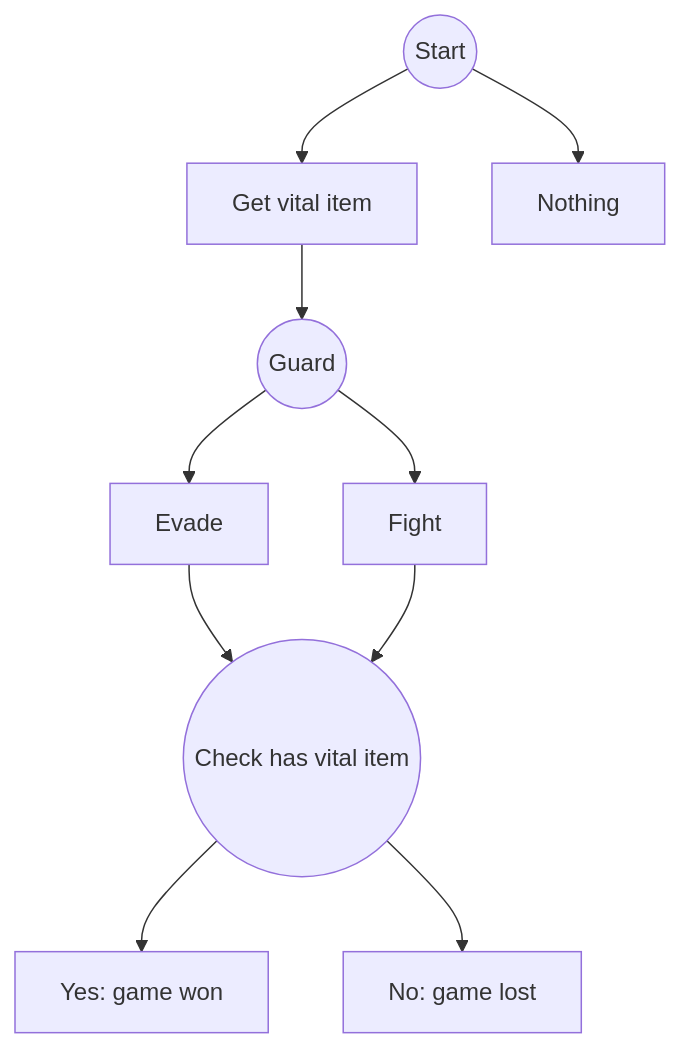
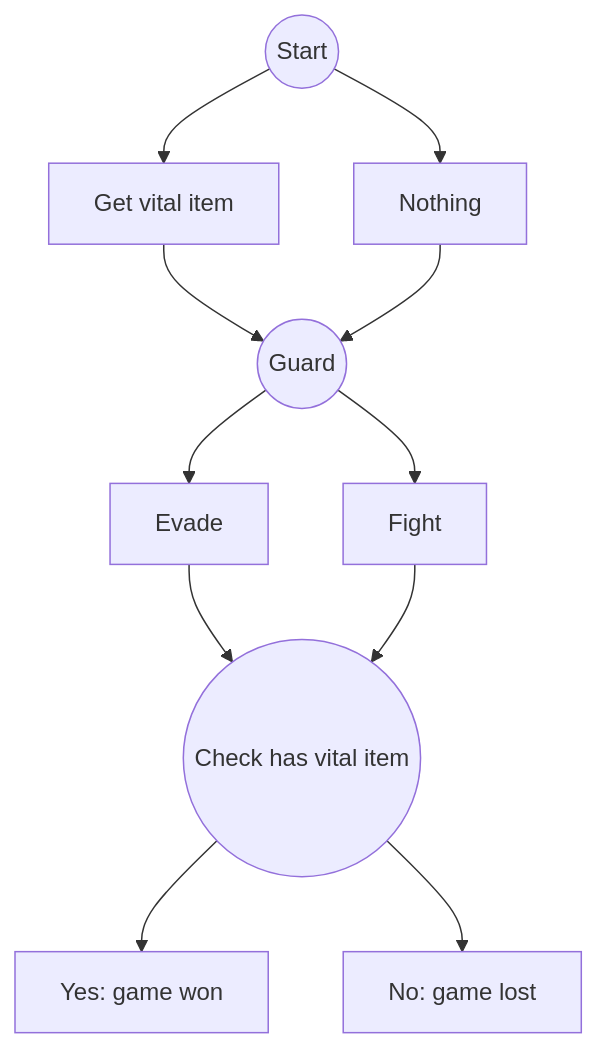
One commit to richelbilderbeek/mlpack_example_2 changed the diagram in README.md. Above: the diagram before and after it, drawn with Mermaid.

````diff
--- a/README.md
+++ b/README.md
@@ -5,12 +5,13 @@
 ```mermaid
 graph TD;
     0((Start))-->10[Get vital item];
     0-->20[Nothing];
     10-->100((Guard));
+    20-->100;
     100-->110[Evade];
     100-->120[Fight];
     110-->200((Check has vital item));
     120-->200;
     200-->210[Yes: game won];
     200-->220[No: game lost];
 ```
````
